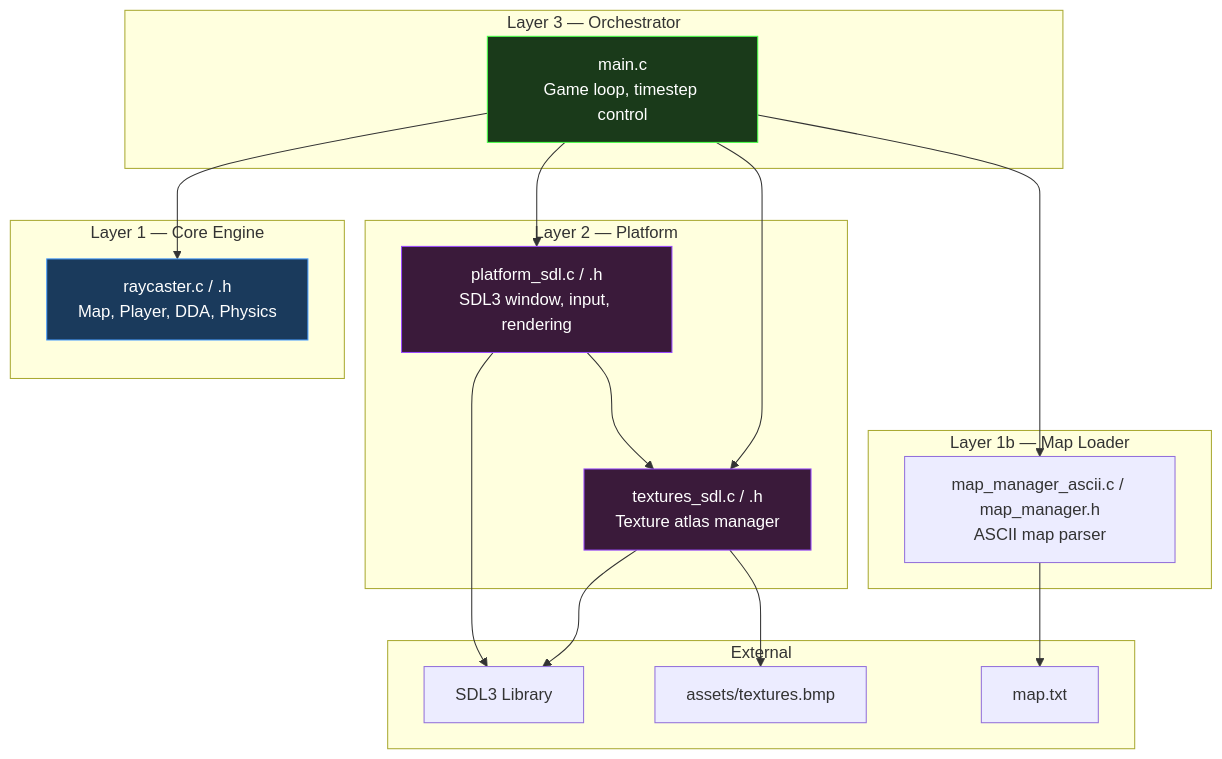
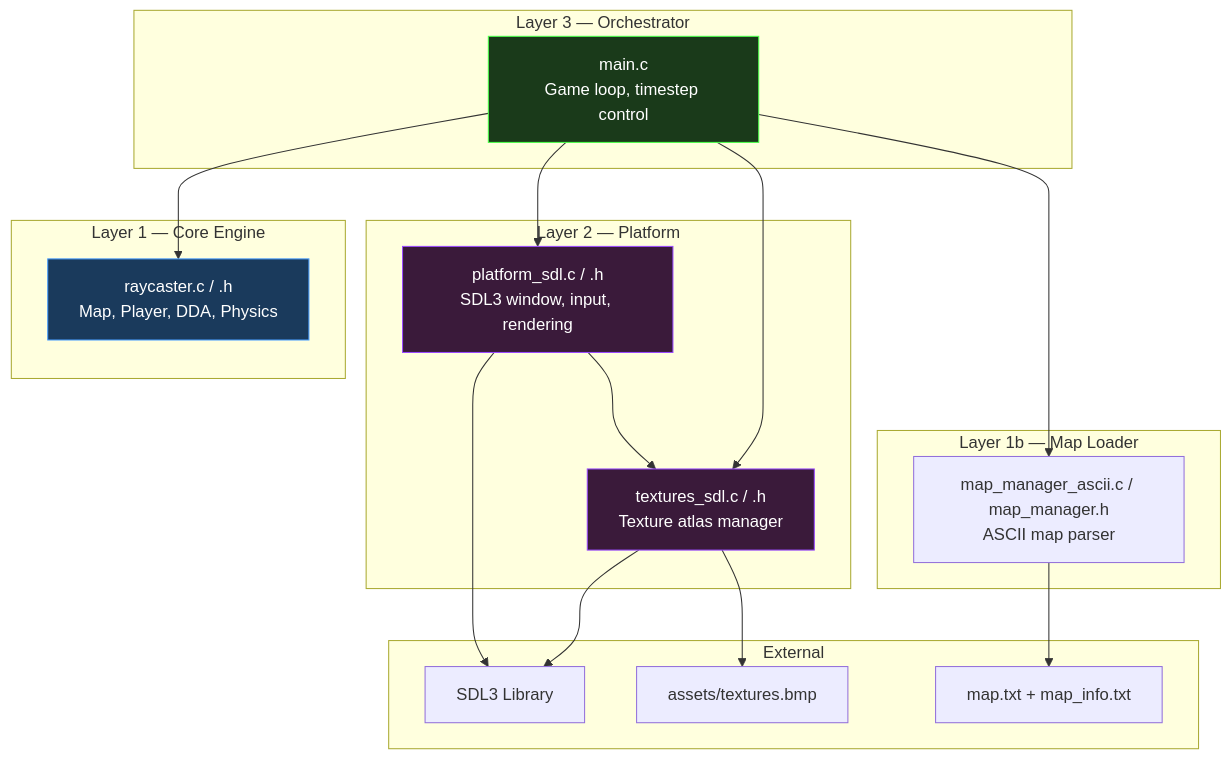
One commit to seanhodges/simple-3d-raycaster-game changed the first of 5 diagrams in docs/ARCHITECTURE.md. Above: the diagram before and after it, drawn with Mermaid. The commit also changed other lines of this file and 13 other files, not shown here.

First line of the commit message:
Split map into tiles and info planes

````diff
--- a/docs/ARCHITECTURE.md
+++ b/docs/ARCHITECTURE.md
@@ -25,40 +25,40 @@
 ```mermaid
 graph TB
     subgraph "Layer 3 — Orchestrator"
         MAIN["main.c<br/>Game loop, timestep control"]
     end
 
     subgraph "Layer 1 — Core Engine"
         RC["raycaster.c / .h<br/>Map, Player, DDA, Physics"]
     end
 
     subgraph "Layer 2 — Platform"
         PLAT["platform_sdl.c / .h<br/>SDL3 window, input, rendering"]
         TEX["textures_sdl.c / .h<br/>Texture atlas manager"]
     end
 
     subgraph "External"
         SDL3["SDL3 Library"]
-        MAP["map.txt"]
+        MAP["map.txt + map_info.txt"]
         BMP["assets/textures.bmp"]
     end
 
     MAIN --> RC
     MAIN --> PLAT
     MAIN --> TEX
     PLAT --> SDL3
     PLAT --> TEX
     TEX --> SDL3
     TEX --> BMP
     subgraph "Layer 1b — Map Loader"
         MAPMOD["map_manager_ascii.c / map_manager.h<br/>ASCII map parser"]
     end
 
     MAIN --> MAPMOD
     MAPMOD --> MAP
 
     style RC fill:#1a3a5c,stroke:#4a9eff,color:#fff
     style PLAT fill:#3a1a3a,stroke:#9a4aff,color:#fff
     style TEX fill:#3a1a3a,stroke:#9a4aff,color:#fff
     style MAIN fill:#1a3a1a,stroke:#4aff4a,color:#fff
 ```
````
